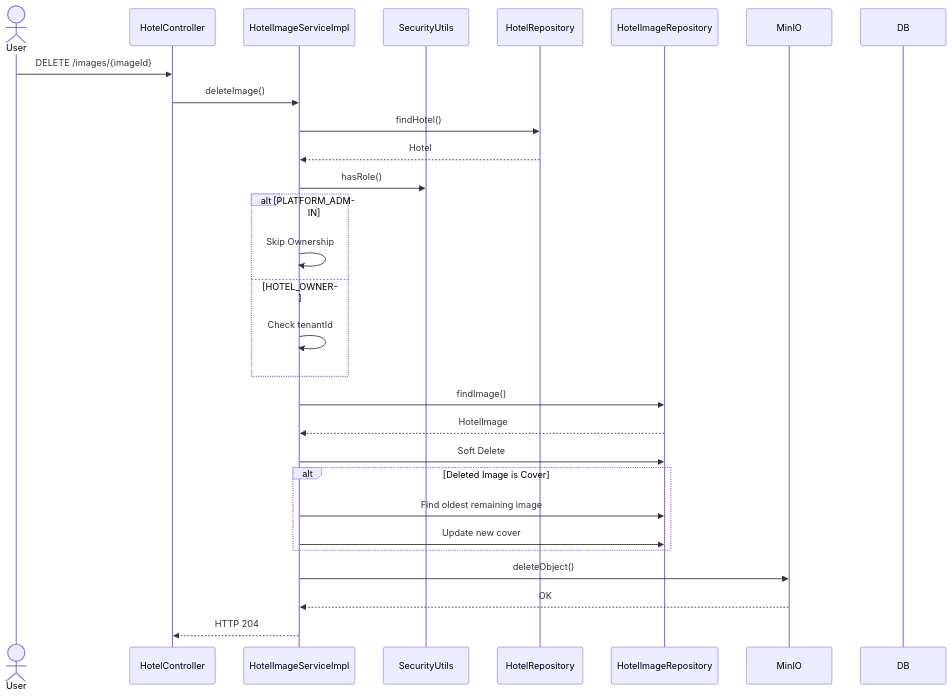
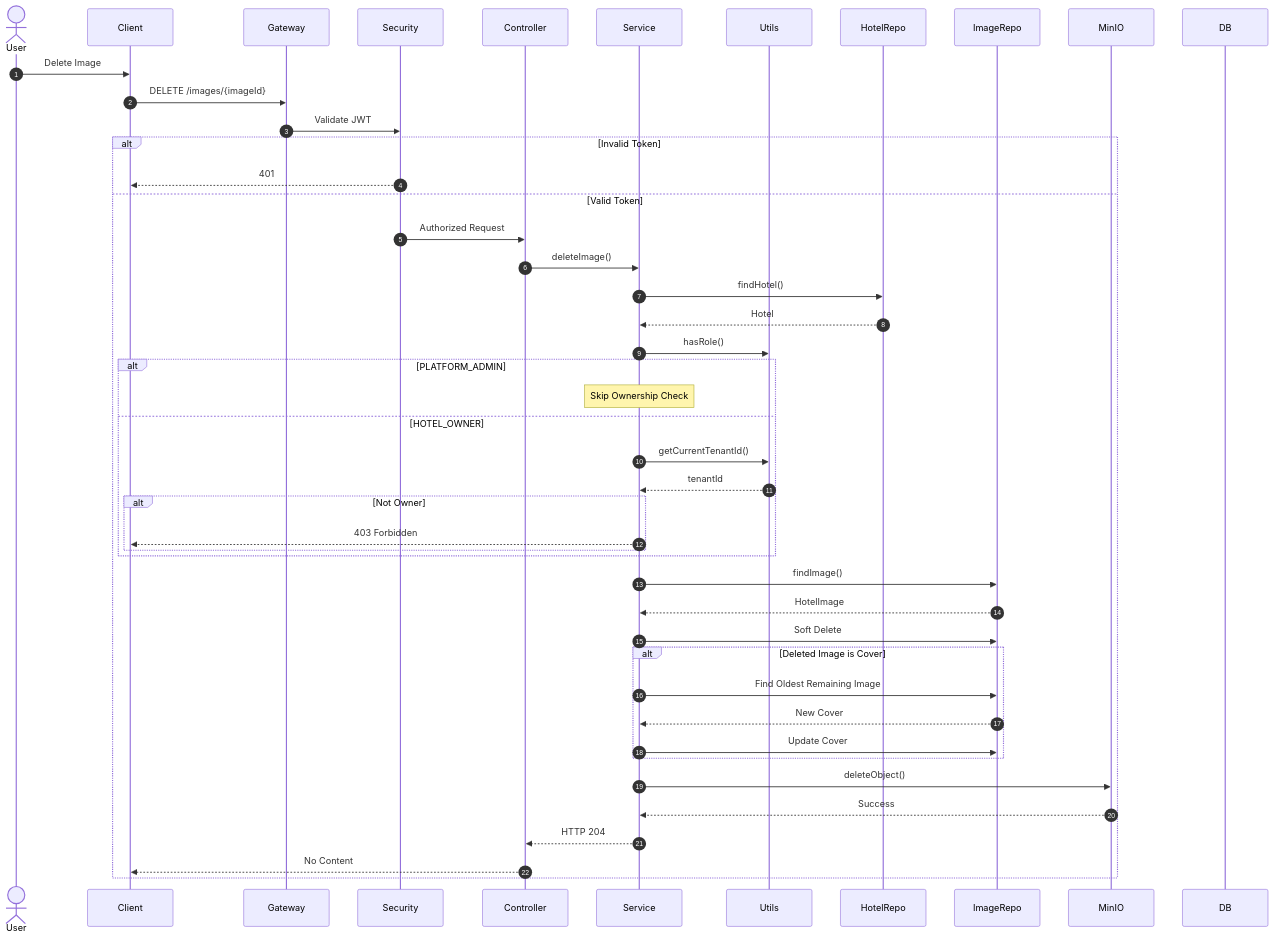
Before and after one commit to dqminh2411/hotel-booking-system: the eighth of 9 diagrams in docs/ad_hotel_service.md, drawn with Mermaid. The commit also changed other lines of this file, not shown here.

````diff
--- a/docs/ad_hotel_service.md
+++ b/docs/ad_hotel_service.md
@@ -614,52 +687,83 @@
 ```mermaid
 sequenceDiagram
+    autonumber
+
     actor User
 
-    participant Controller as HotelController
-    participant Service as HotelImageServiceImpl
-    participant Security as SecurityUtils
-    participant HotelRepo as HotelRepository
-    participant ImageRepo as HotelImageRepository
+    participant Client
+    participant Gateway
+    participant Security
+    participant Controller
+    participant Service
+    participant Utils
+    participant HotelRepo
+    participant ImageRepo
     participant MinIO
     participant DB
 
-    User->>Controller: DELETE /images/{imageId}
+    User->>Client: Delete Image
 
-    Controller->>Service: deleteImage()
+    Client->>Gateway: DELETE /images/{imageId}
 
-    Service->>HotelRepo: findHotel()
+    Gateway->>Security: Validate JWT
 
-    HotelRepo-->>Service: Hotel
+    alt Invalid Token
 
-    Service->>Security: hasRole()
+        Security-->>Client: 401
 
-    alt PLATFORM_ADMIN
+    else Valid Token
 
-        Service->>Service: Skip Ownership
+        Security->>Controller: Authorized Request
 
-    else HOTEL_OWNER
+        Controller->>Service: deleteImage()
 
-        Service->>Service: Check tenantId
+        Service->>HotelRepo: findHotel()
+
+        HotelRepo-->>Service: Hotel
+
+        Service->>Utils: hasRole()
+
+        alt PLATFORM_ADMIN
+
+            Note over Service: Skip Ownership Check
+
+        else HOTEL_OWNER
+
+            Service->>Utils: getCurrentTenantId()
+
+            Utils-->>Service: tenantId
+
+            alt Not Owner
+
+                Service-->>Client: 403 Forbidden
+
+            end
+
+        end
+
+        Service->>ImageRepo: findImage()
+
+        ImageRepo-->>Service: HotelImage
+
+        Service->>ImageRepo: Soft Delete
+
+        alt Deleted Image is Cover
+
+            Service->>ImageRepo: Find Oldest Remaining Image
+
+            ImageRepo-->>Service: New Cover
+
+            Service->>ImageRepo: Update Cover
+
+        end
+
+        Service->>MinIO: deleteObject()
+
+        MinIO-->>Service: Success
+
+        Service-->>Controller: HTTP 204
+
+        Controller-->>Client: No Content
 
     end
-
-    Service->>ImageRepo: findImage()
-
-    ImageRepo-->>Service: HotelImage
-
-    Service->>ImageRepo: Soft Delete
-
-    alt Deleted Image is Cover
-
-        Service->>ImageRepo: Find oldest remaining image
-
-        Service->>ImageRepo: Update new cover
-
-    end
-
-    Service->>MinIO: deleteObject()
-
-    MinIO-->>Service: OK
-
-    Service-->>Controller: HTTP 204
 ```
````
